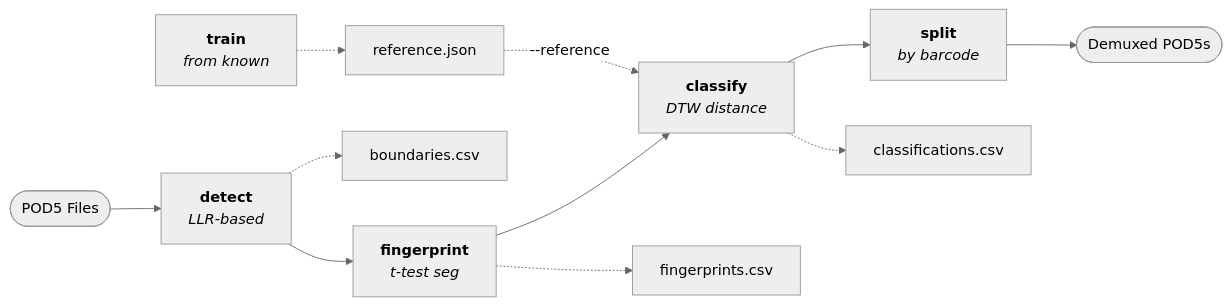
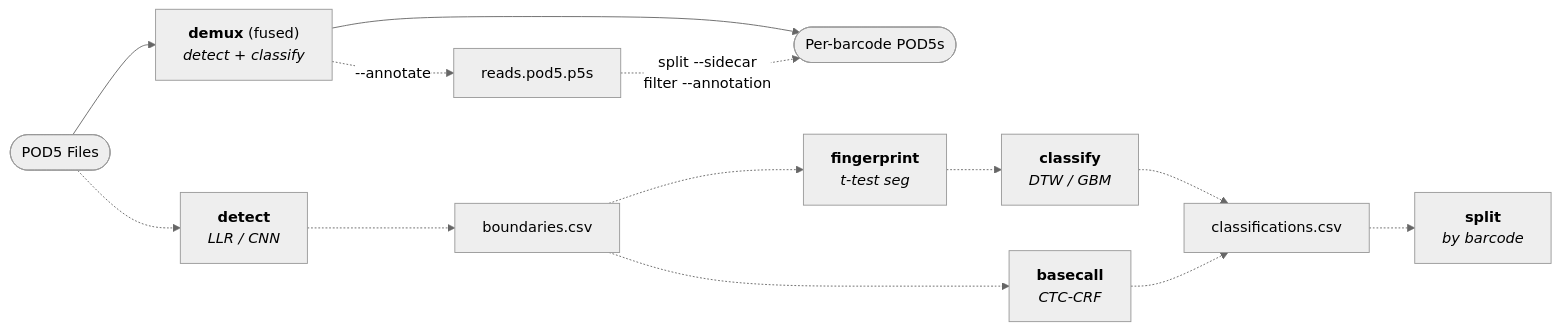
The diagram in docs/experimental/demux.md (rnabioco/escapepod-rs), drawn with Mermaid (neutral theme) before and after one commit. The commit also changed other lines of this file and 23 other files, not shown here.

````diff
--- a/docs/experimental/demux.md
+++ b/docs/experimental/demux.md
@@ -64,15 +112,16 @@
 ```mermaid
 flowchart LR
-    pod5([POD5 Files]) --> detect
-    detect["<b>detect</b><br/><i>LLR-based</i>"] --> fingerprint["<b>fingerprint</b><br/><i>t-test seg</i>"]
-    fingerprint --> classify["<b>classify</b><br/><i>DTW distance</i>"]
-    classify --> split["<b>split</b><br/><i>by barcode</i>"]
-    split --> demuxed([Demuxed POD5s])
+    pod5([POD5 Files]) --> fused
+    fused["<b>demux</b> (fused)<br/><i>detect + classify</i>"] --> demuxed([Per-barcode POD5s])
+    fused -. "--annotate" .-> sidecar[reads.pod5.p5s]
+    sidecar -. "split --sidecar<br/>filter --annotation" .-> demuxed
 
-    detect -.-> boundaries[boundaries.csv]
-    fingerprint -.-> fingerprints[fingerprints.csv]
+    pod5 -.-> detect
+    detect["<b>detect</b><br/><i>LLR / CNN</i>"] -.-> boundaries[boundaries.csv]
+    boundaries -.-> fingerprint["<b>fingerprint</b><br/><i>t-test seg</i>"]
+    boundaries -.-> basecall["<b>basecall</b><br/><i>CTC-CRF</i>"]
+    fingerprint -.-> classify["<b>classify</b><br/><i>DTW / GBM</i>"]
     classify -.-> classifications[classifications.csv]
-
-    train["<b>train</b><br/><i>from known</i>"] -.-> reference[reference.json]
-    reference -. "--reference" .-> classify
+    basecall -.-> classifications
+    classifications -.-> split["<b>split</b><br/><i>by barcode</i>"]
 ```
````
